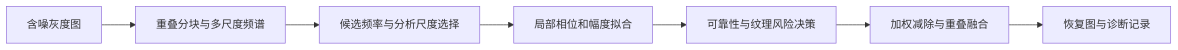
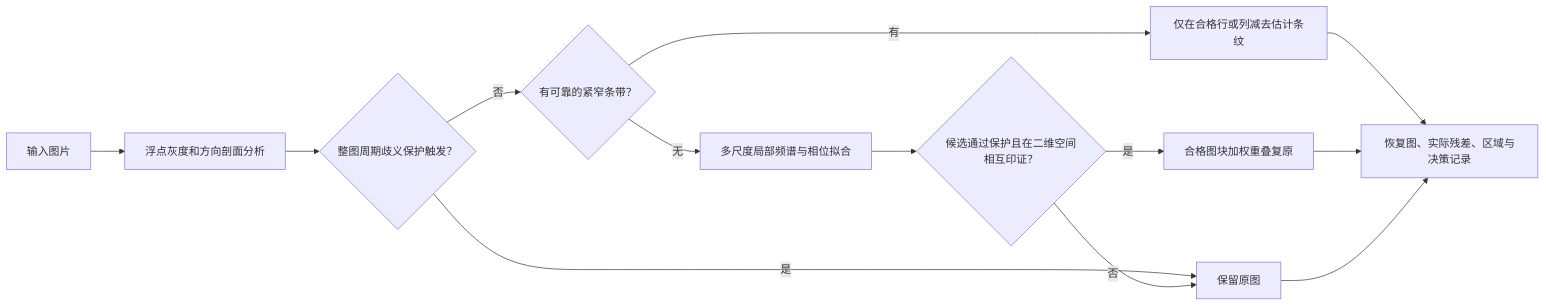
The diagram in README.md (dianxingaoshou/image-processing-periodic-denoising), drawn with Mermaid before and after one commit. The commit also changed other lines of this file and 10 other files, not shown here.

````diff
--- a/README.md
+++ b/README.md
@@ -15,9 +31,15 @@
 ```mermaid
 flowchart LR
-    A[含噪灰度图] --> B[重叠分块与多尺度频谱]
-    B --> C[候选频率与分析尺度选择]
-    C --> D[局部相位和幅度拟合]
-    D --> E[可靠性与纹理风险决策]
-    E --> F[加权减除与重叠融合]
-    F --> G[恢复图与诊断记录]
+    A[输入图片] --> B[浮点灰度和方向剖面分析]
+    B --> C{整图周期歧义保护触发？}
+    C -->|是| U[保留原图]
+    C -->|否| D{有可靠的紧窄条带？}
+    D -->|有| N[仅在合格行或列减去估计条纹]
+    D -->|无| G[多尺度局部频谱与相位拟合]
+    G --> H{候选通过保护且在二维空间相互印证？}
+    H -->|是| W[合格图块加权重叠复原]
+    H -->|否| U
+    N --> O[恢复图、实际残差、区域与决策记录]
+    W --> O
+    U --> O
 ```
````
